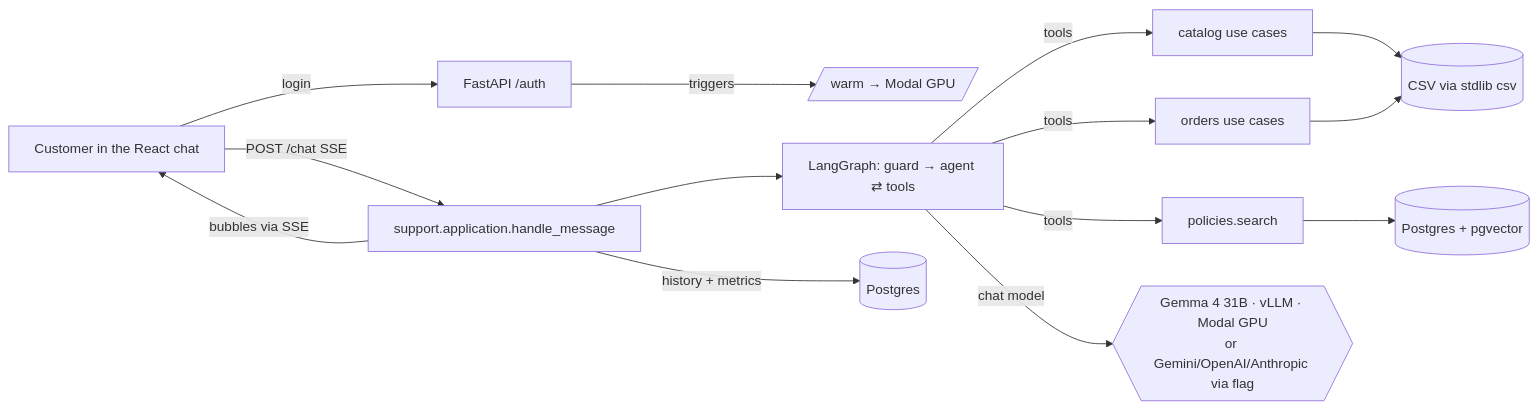
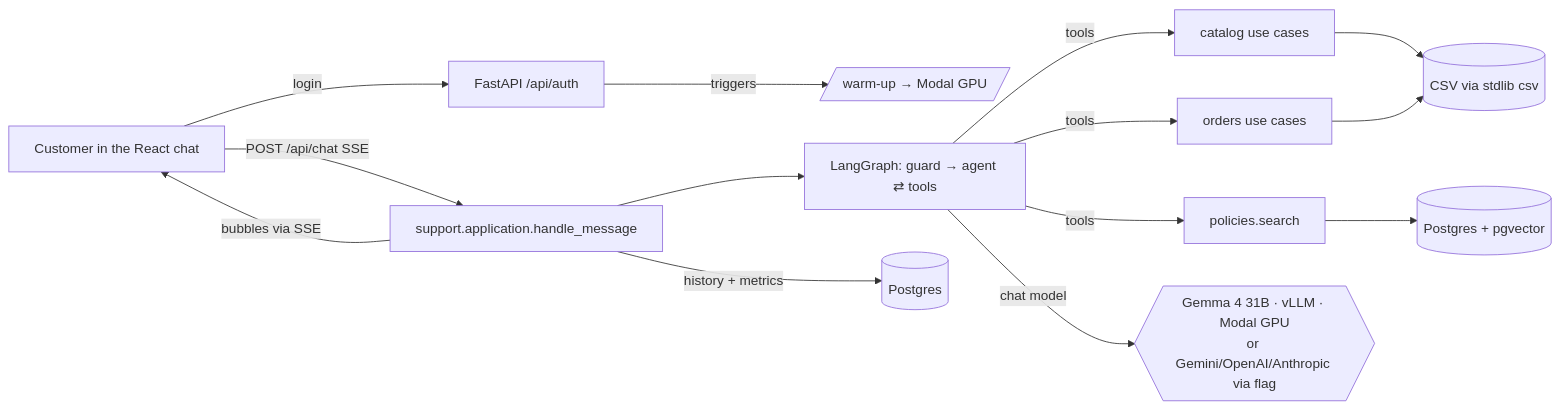
The diagram in docs/superpowers/specs/2026-11-05-emporio-agent-design.md (rafaeljonker/emporio-da-musica-agent), drawn with Mermaid before and after one commit. The commit also changed other lines of this file and 1 other file, not shown here.

Commit message:
docs(spec): record phase 5 decisions and API contracts

````diff
--- a/docs/superpowers/specs/2026-11-05-emporio-agent-design.md
+++ b/docs/superpowers/specs/2026-11-05-emporio-agent-design.md
@@ -238,13 +286,13 @@
 ```mermaid
 flowchart LR
-  U[Customer in the React chat] -->|login| A[FastAPI /auth]
-  A -->|triggers| W[/warm → Modal GPU/]
-  U -->|POST /chat SSE| H[support.application.handle_message]
+  U[Customer in the React chat] -->|login| A[FastAPI /api/auth]
+  A -->|triggers| W[/warm-up → Modal GPU/]
+  U -->|POST /api/chat SSE| H[support.application.handle_message]
   H --> G[LangGraph: guard → agent ⇄ tools]
   G -->|tools| C[catalog use cases] --> R1[(CSV via stdlib csv)]
   G -->|tools| O[orders use cases] --> R1
   G -->|tools| P[policies.search] --> V[(Postgres + pgvector)]
   G -->|chat model| L{{Gemma 4 31B · vLLM · Modal GPU<br/>or Gemini/OpenAI/Anthropic via flag}}
   H -->|history + metrics| PG[(Postgres)]
   H -->|bubbles via SSE| U
 ```
````
